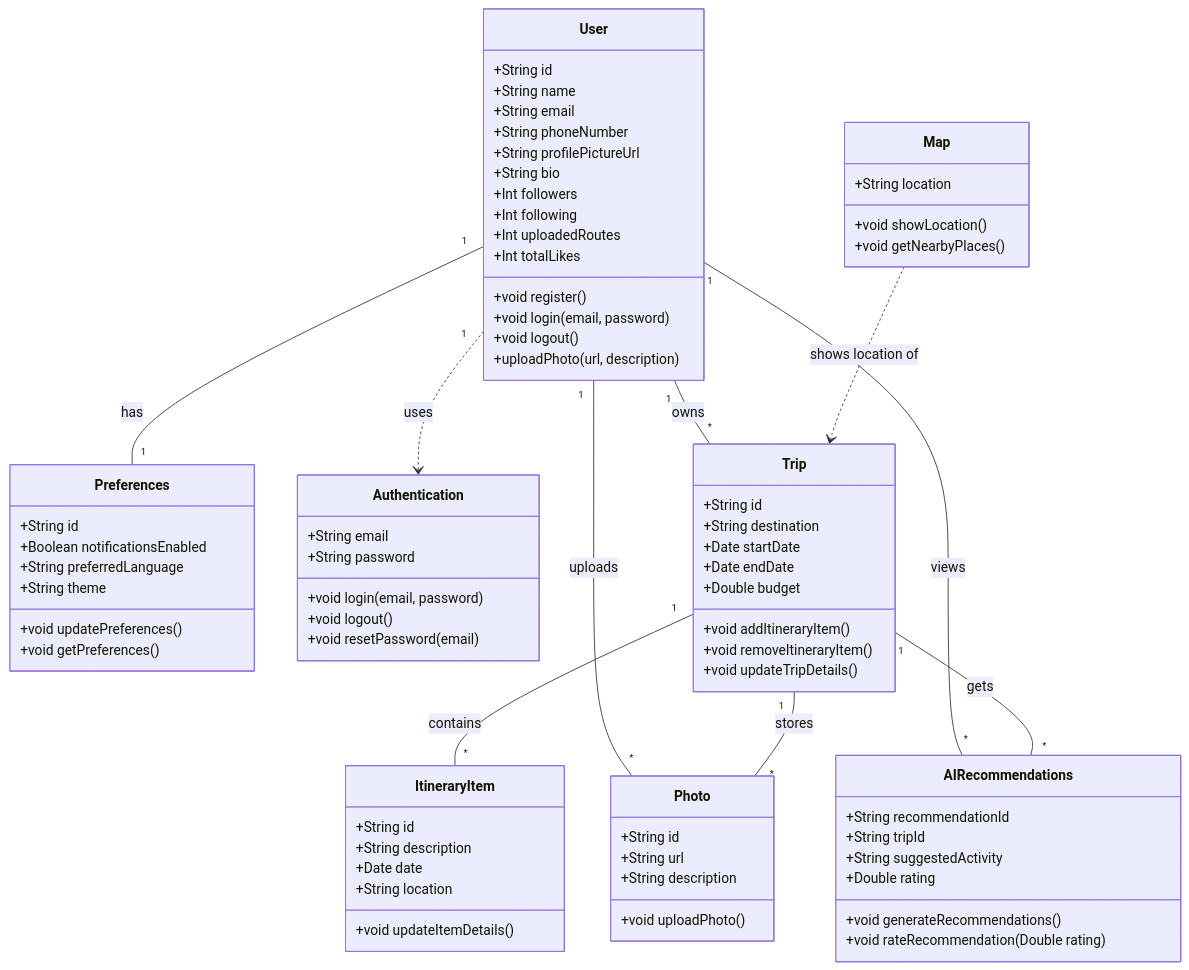
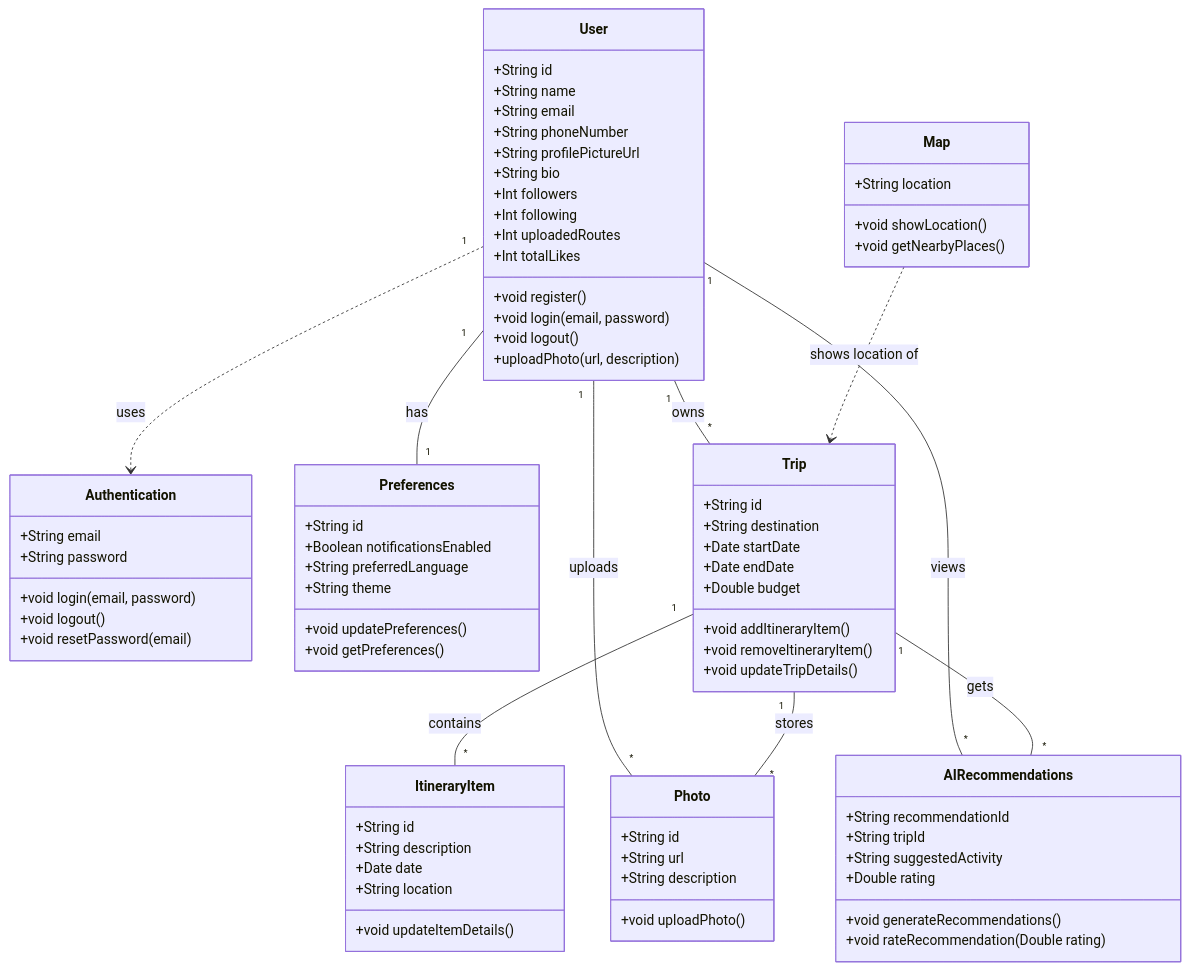
The diagram in docs/desing.md (huugoox/roamly-hugo), drawn with Mermaid before and after one commit.

```diff
--- a/docs/desing.md
+++ b/docs/desing.md
@@ -25,6 +25,14 @@
         +uploadPhoto(url, description)  
     }  
     
+    class Authentication {
+        +String email
+        +String password
+        +void login(email, password)  
+        +void logout()  
+        +void resetPassword(email)  
+    }
+    
     class Preferences {  
         +String id  
         +Boolean notificationsEnabled  
@@ -34,13 +42,7 @@
         +void getPreferences() 
     }  
     
-    class Authentication {
-        +String email
-        +String password
-        +void login(email, password)  
-        +void logout()  
-        +void resetPassword(email)  
-    }  
+  
     
     class Trip {  
         +String id  
```
